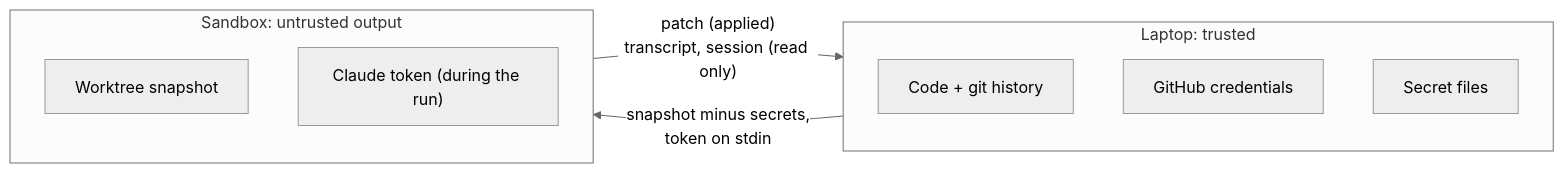
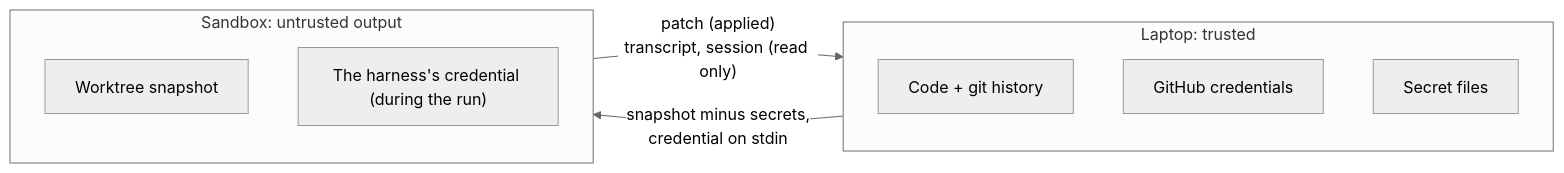
One commit to rpvsilva/dotagents changed the fourth of 4 diagrams in docs/remote.md. Above: the diagram before and after it, drawn with Mermaid (neutral theme). The commit also changed other lines of this file and 18 other files, not shown here.

First line of the commit message:
feat(remote): run remote subagents on Claude Code or Codex, through a gateway (#597)

````diff
--- a/docs/remote.md
+++ b/docs/remote.md
@@ -192,14 +216,14 @@
 ```mermaid
 flowchart LR
   subgraph laptop["Laptop: trusted"]
     code["Code + git history"]
     gh["GitHub credentials"]
     secrets["Secret files"]
   end
   subgraph sandbox["Sandbox: untrusted output"]
     snap["Worktree snapshot"]
-    tok["Claude token (during the run)"]
+    tok["The harness's credential (during the run)"]
   end
-  laptop -- "snapshot minus secrets,<br/>token on stdin" --> sandbox
+  laptop -- "snapshot minus secrets,<br/>credential on stdin" --> sandbox
   sandbox -- "patch (applied)<br/>transcript, session (read only)" --> laptop
 ```
````
